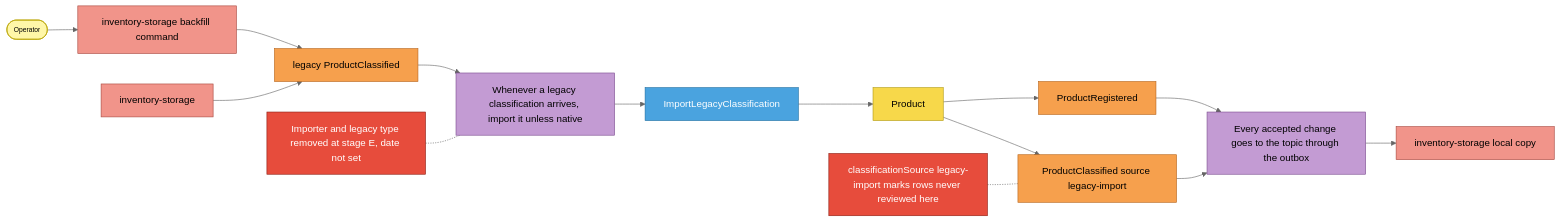
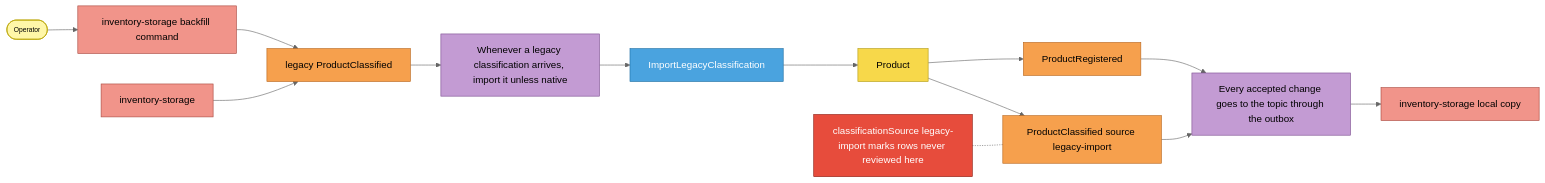
One commit to IQVO/product-master changed the fourth of 4 diagrams in docs/docs/ddd/eventstorming.md. Above: the diagram before and after it, drawn with Mermaid (neutral theme). The commit also changed other lines of this file and 13 other files, not shown here.

First line of the commit message:
docs(ddd): retire the legacy importer from the DDD pack; six live consumers

````diff
--- a/docs/docs/ddd/eventstorming.md
+++ b/docs/docs/ddd/eventstorming.md
@@ -112,25 +119,24 @@
 ```mermaid
 flowchart LR
   OP([Operator]):::actor --> X0[inventory-storage backfill command]:::external
   X0 --> E1[legacy ProductClassified]:::event
   INV[inventory-storage]:::external --> E1
   E1 --> P1[Whenever a legacy classification arrives, import it unless native]:::policy
   P1 --> C1[ImportLegacyClassification]:::command
   C1 --> A1[Product]:::aggregate
   A1 --> E2[ProductRegistered]:::event
   A1 --> E3[ProductClassified source legacy-import]:::event
   E3 --> P2[Every accepted change goes to the topic through the outbox]:::policy
   E2 --> P2
   P2 --> INV2[inventory-storage local copy]:::external
   H1[classificationSource legacy-import marks rows never reviewed here]:::hotspot -.- E3
-  H2[Importer and legacy type removed at stage E, date not set]:::hotspot -.- P1
 
   classDef actor fill:#fff7a8,stroke:#b8a400,color:#000,font-size:11px
   classDef command fill:#4aa3df,stroke:#1f6fa3,color:#fff
   classDef aggregate fill:#f7d84a,stroke:#b39b12,color:#000
   classDef event fill:#f6a04d,stroke:#b8661c,color:#000
   classDef policy fill:#c39bd3,stroke:#7d4f91,color:#000
   classDef readmodel fill:#7dcea0,stroke:#2f8a57,color:#000
   classDef external fill:#f1948a,stroke:#a9483e,color:#000
   classDef hotspot fill:#e74c3c,stroke:#8e1f14,color:#fff
 ```
````
